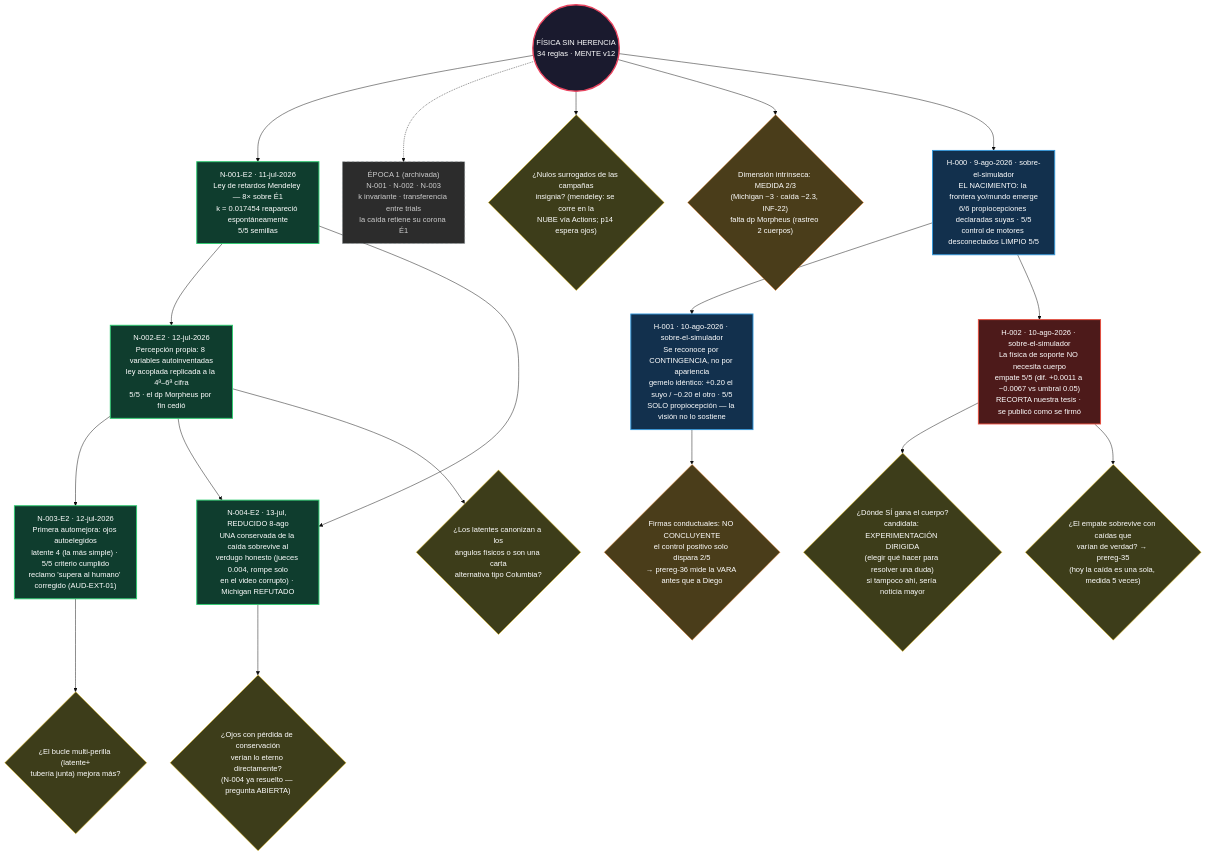
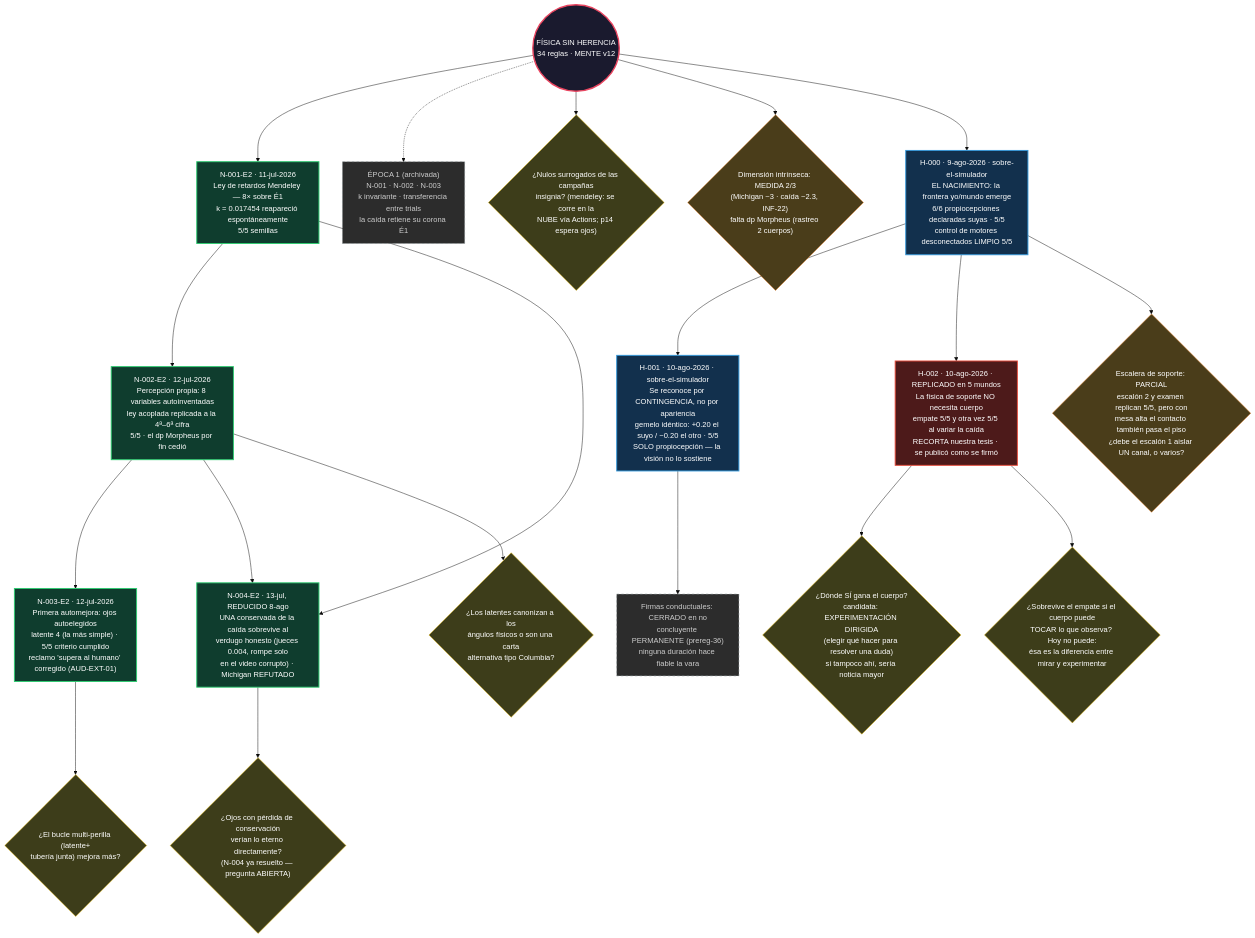
Before and after one commit to Leo-BRAVO/fisica-sin-herencia: the diagram in arbol/ARBOL.md, drawn with Mermaid (base theme). The commit also changed other lines of this file and 5 other files, not shown here.

````diff
--- a/arbol/ARBOL.md
+++ b/arbol/ARBOL.md
@@ -6,53 +6,55 @@
 ```mermaid
 graph TD
     RAIZ(("FÍSICA SIN HERENCIA<br/>34 reglas · MENTE v12")):::raiz
 
     E2N001["N-001-E2 · 11-jul-2026<br/>Ley de retardos Mendeley — 8× sobre É1<br/>k = 0.017454 reapareció espontáneamente<br/>5/5 semillas"]:::nodo
     E2N002["N-002-E2 · 12-jul-2026<br/>Percepción propia: 8 variables autoinventadas<br/>ley acoplada replicada a la 4ª–6ª cifra<br/>5/5 · el dp Morpheus por fin cedió"]:::nodo
     E2N003["N-003-E2 · 12-jul-2026<br/>Primera automejora: ojos autoelegidos<br/>latente 4 (la más simple) · 5/5 criterio cumplido<br/>reclamo 'supera al humano' corregido (AUD-EXT-01)"]:::nodo
     E2N004["N-004-E2 · 13-jul, REDUCIDO 8-ago<br/>UNA conservada de la caída sobrevive al<br/>verdugo honesto (jueces 0.004, rompe solo<br/>en el video corrupto) · Michigan REFUTADO"]:::nodo
 
     E1["ÉPOCA 1 (archivada)<br/>N-001 · N-002 · N-003<br/>k invariante · transferencia entre trials<br/>la caída retiene su corona É1"]:::archivo
 
     H000["H-000 · 9-ago-2026 · sobre-el-simulador<br/>EL NACIMIENTO: la frontera yo/mundo emerge<br/>6/6 propiocepciones declaradas suyas · 5/5<br/>control de motores desconectados LIMPIO 5/5"]:::capacidad
     H001["H-001 · 10-ago-2026 · sobre-el-simulador<br/>Se reconoce por CONTINGENCIA, no por apariencia<br/>gemelo idéntico: +0.20 el suyo / −0.20 el otro · 5/5<br/>SOLO propiocepción — la visión no lo sostiene"]:::capacidad
-    H002["H-002 · 10-ago-2026 · sobre-el-simulador<br/>La física de soporte NO necesita cuerpo<br/>empate 5/5 (dif. +0.0011 a −0.0067 vs umbral 0.05)<br/>RECORTA nuestra tesis · se publicó como se firmó"]:::recorte
+    H002["H-002 · 10-ago-2026 · REPLICADO en 5 mundos<br/>La física de soporte NO necesita cuerpo<br/>empate 5/5 y otra vez 5/5 al variar la caída<br/>RECORTA nuestra tesis · se publicó como se firmó"]:::recorte
 
     PB{"¿Dónde SÍ gana el cuerpo?<br/>candidata: EXPERIMENTACIÓN DIRIGIDA<br/>(elegir qué hacer para resolver una duda)<br/>si tampoco ahí, sería noticia mayor"}:::pregunta
-    PC{"¿El empate sobrevive con caídas que<br/>varían de verdad? → prereg-35<br/>(hoy la caída es una sola, medida 5 veces)"}:::pregunta
-    PD{"Firmas conductuales: NO CONCLUYENTE<br/>el control positivo solo dispara 2/5<br/>→ prereg-36 mide la VARA antes que a Diego"}:::parcial
+    PC{"¿Sobrevive el empate si el cuerpo puede<br/>TOCAR lo que observa? Hoy no puede:<br/>ésa es la diferencia entre mirar y experimentar"}:::pregunta
+    PD["Firmas conductuales: CERRADO en no<br/>concluyente PERMANENTE (prereg-36)<br/>ninguna duración hace fiable la vara"]:::archivo
+    PE{"Escalera de soporte: PARCIAL<br/>escalón 2 y examen replican 5/5, pero con<br/>mesa alta el contacto también pasa el piso<br/>¿debe el escalón 1 aislar UN canal, o varios?"}:::parcial
 
     P1{"¿Nulos surrogados de las campañas<br/>insignia? (mendeley: se corre en la<br/>NUBE vía Actions; p14 espera ojos)"}:::pregunta
     P2{"Dimensión intrínseca: MEDIDA 2/3<br/>(Michigan ~3 · caída ~2.3, INF-22)<br/>falta dp Morpheus (rastreo 2 cuerpos)"}:::parcial
     P3{"¿Los latentes canonizan a los<br/>ángulos físicos o son una carta<br/>alternativa tipo Columbia?"}:::pregunta
     P4{"¿Ojos con pérdida de conservación<br/>verían lo eterno directamente?<br/>(N-004 ya resuelto — pregunta ABIERTA)"}:::pregunta
     P5{"¿El bucle multi-perilla (latente+<br/>tubería junta) mejora más?"}:::pregunta
 
     RAIZ --> E2N001
     RAIZ -.-> E1
     E2N001 --> E2N002
     E2N002 --> E2N003
     E2N001 --> E2N004
     E2N002 --> E2N004
     RAIZ --> P1
     RAIZ --> P2
     E2N002 --> P3
     E2N004 --> P4
     E2N003 --> P5
 
     RAIZ --> H000
     H000 --> H001
     H000 --> H002
     H002 --> PB
     H002 --> PC
     H001 --> PD
+    H000 --> PE
 
     classDef capacidad fill:#12304d,stroke:#3498db,color:#fff,stroke-width:2px
     classDef recorte fill:#4d1a1a,stroke:#e74c3c,color:#fff,stroke-width:2px
     classDef parcial fill:#4a3d1a,stroke:#e67e22,color:#fff
     classDef raiz fill:#1a1a2e,stroke:#e94560,color:#fff,stroke-width:3px
     classDef nodo fill:#0f3d2e,stroke:#2ecc71,color:#fff,stroke-width:2px
     classDef cuarentena fill:#4a2d1a,stroke:#e67e22,color:#fff,stroke-width:2px
     classDef pregunta fill:#3d3d1a,stroke:#f1c40f,color:#fff
     classDef archivo fill:#2c2c2c,stroke:#7f8c8d,color:#ccc,stroke-dasharray: 5 5
 ```
````
